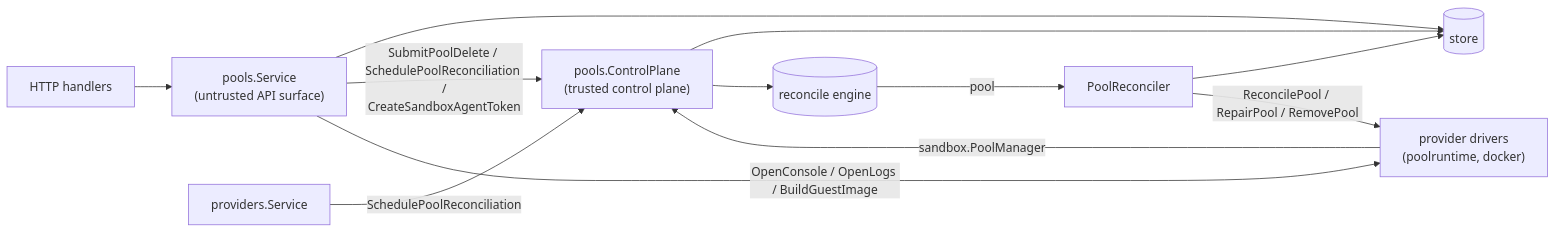
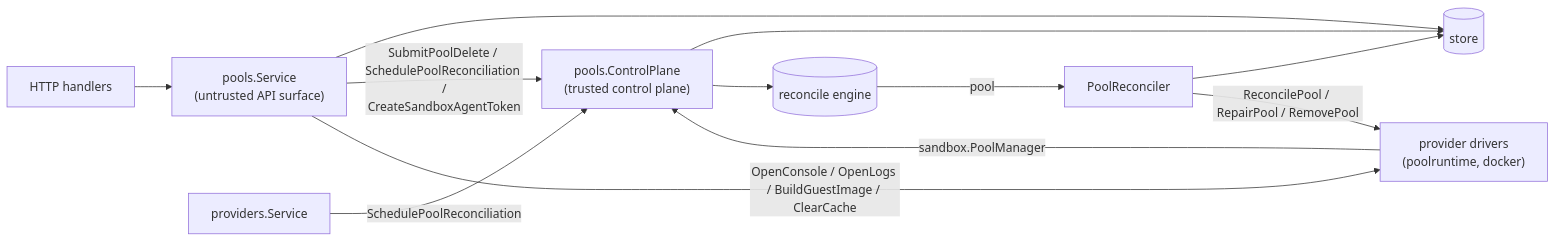
One commit to discobox-ai/discobox changed the diagram in server/internal/resources/pools/DESIGN.md. Above: the diagram before and after it, drawn with Mermaid. The commit also changed other lines of this file and 57 other files, not shown here.

````diff
--- a/server/internal/resources/pools/DESIGN.md
+++ b/server/internal/resources/pools/DESIGN.md
@@ -12,14 +12,14 @@
 ```mermaid
 flowchart LR
     handlers[HTTP handlers] --> svc["pools.Service<br/>(untrusted API surface)"]
     drivers["provider drivers<br/>(poolruntime, docker)"] -- sandbox.PoolManager --> cp["pools.ControlPlane<br/>(trusted control plane)"]
     provsvc[providers.Service] -- SchedulePoolReconciliation --> cp
     svc --> store[(store)]
     svc -- "SubmitPoolDelete / SchedulePoolReconciliation /<br/>CreateSandboxAgentToken" --> cp
-    svc -- "OpenConsole / OpenLogs / BuildGuestImage" --> drivers
+    svc -- "OpenConsole / OpenLogs / BuildGuestImage / ClearCache" --> drivers
     cp --> store
     cp --> engine[(reconcile engine)]
     engine -- pool --> rec[PoolReconciler]
     rec --> store
     rec -- "ReconcilePool / RepairPool / RemovePool" --> drivers
 ```
````
